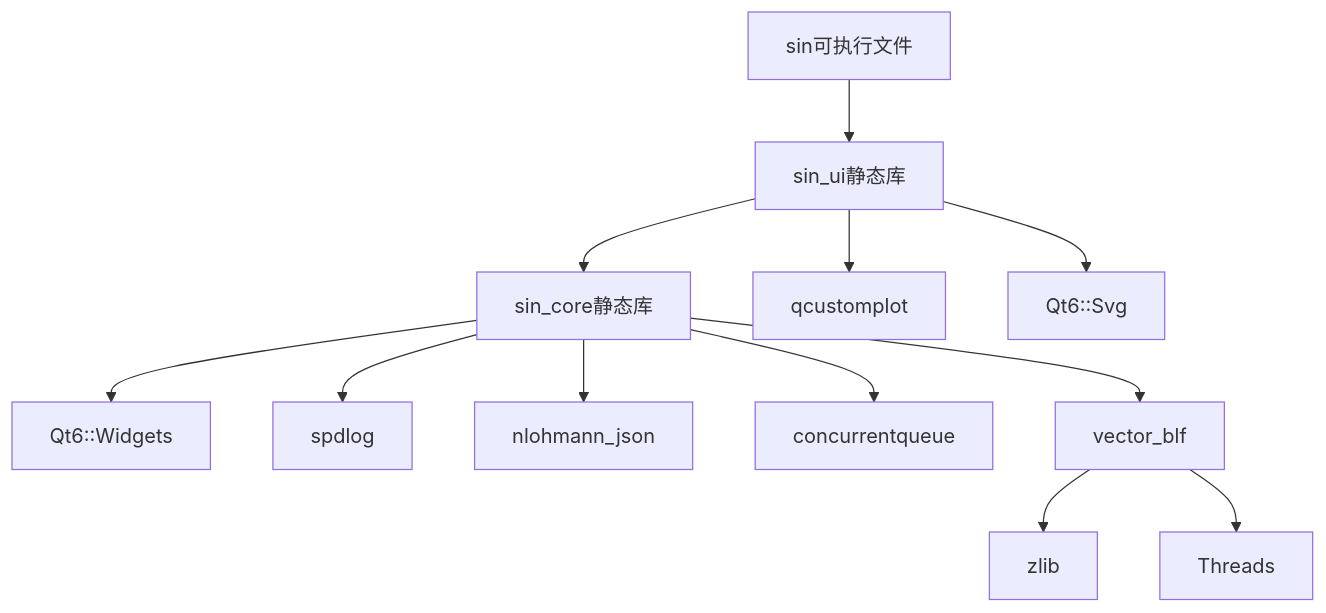
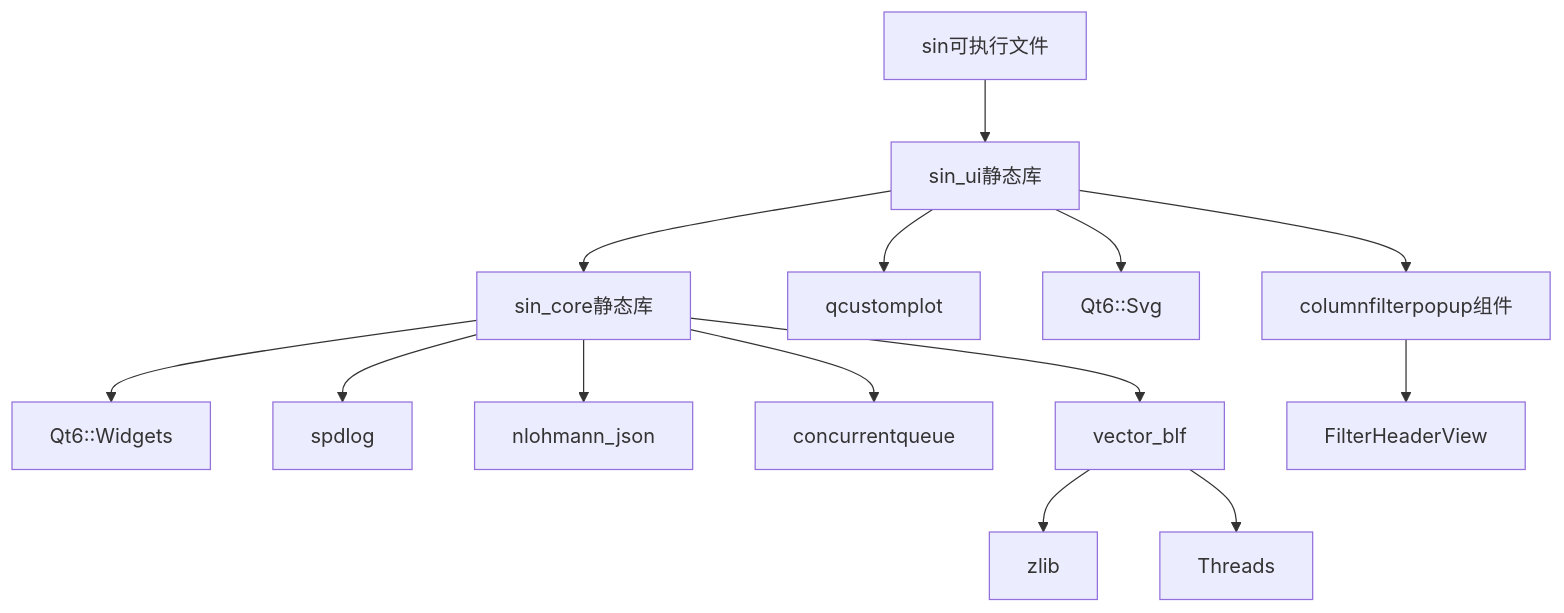
Before and after one commit to jakecai1225-design/OpenBus: the third of 3 diagrams in .qoder/repowiki/zh/content/构建和部署/CMake构建配置.md, drawn with Mermaid. The commit also changed other lines of this file and 39 other files, not shown here.

````diff
--- a/.qoder/repowiki/zh/content/构建和部署/CMake构建配置.md
+++ b/.qoder/repowiki/zh/content/构建和部署/CMake构建配置.md
@@ -551,14 +637,16 @@
 ```mermaid
 graph TD
 A[sin可执行文件] --> B[sin_ui静态库]
 B --> C[sin_core静态库]
 C --> D[Qt6::Widgets]
 C --> E[spdlog]
 C --> F[nlohmann_json]
 C --> G[concurrentqueue]
 C --> H[vector_blf]
 H --> I[zlib]
 H --> J[Threads]
 B --> K[qcustomplot]
 B --> L[Qt6::Svg]
+B --> M[columnfilterpopup组件]
+M --> N[FilterHeaderView]
 ```
````
